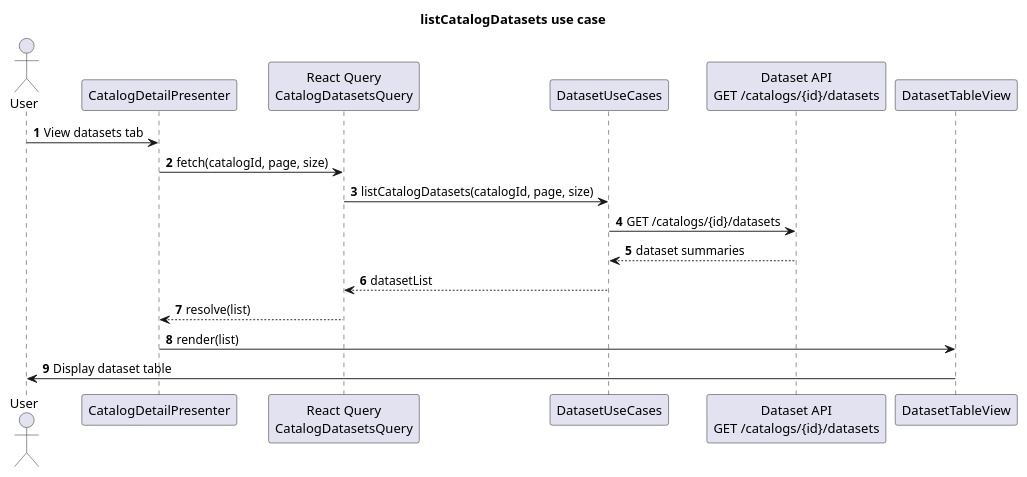
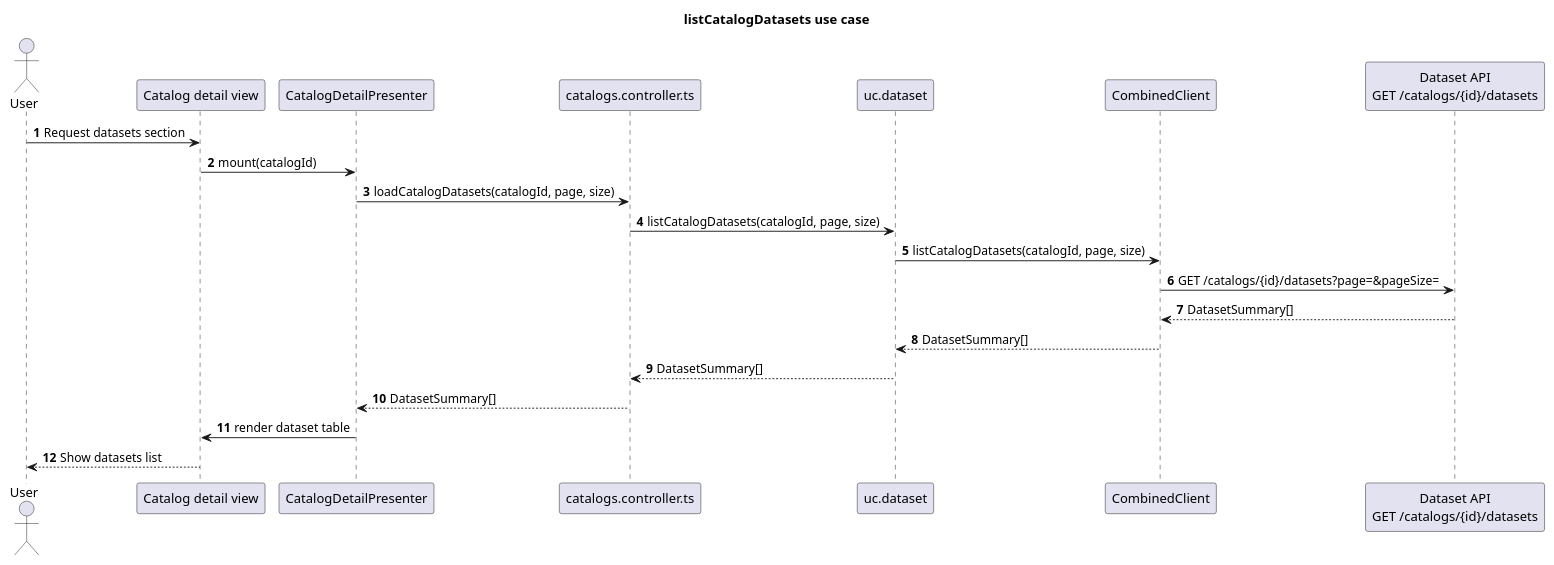
One commit to POP2025-EEPW/doorce-frontend changed the diagram in diagrams/sequence/listCatalogDatasets.puml. Above: the diagram before and after it, drawn with PlantUML. The commit also changed 7 other files, not shown here.

Commit message:
Fix on diagrams

```diff
--- a/diagrams/sequence/listCatalogDatasets.puml
+++ b/diagrams/sequence/listCatalogDatasets.puml
@@ -1,23 +1,27 @@
 @startuml
 title listCatalogDatasets use case
 autonumber
 
 actor User
 
-participant "CatalogDetailPresenter" as CatalogPresenter
-participant "React Query\nCatalogDatasetsQuery" as DatasetsQuery
-participant "DatasetUseCases" as DatasetUC
-participant "Dataset API\nGET /catalogs/{id}/datasets" as DatasetApi
-participant "DatasetTableView" as DatasetTableView
+participant "Catalog detail view" as View
+participant "CatalogDetailPresenter" as Presenter
+participant "catalogs.controller.ts" as Controller
+participant "uc.dataset" as UseCase
+participant "CombinedClient" as Client
+participant "Dataset API\nGET /catalogs/{id}/datasets" as Http
 
-User -> CatalogPresenter : View datasets tab
-CatalogPresenter -> DatasetsQuery : fetch(catalogId, page, size)
-DatasetsQuery -> DatasetUC : listCatalogDatasets(catalogId, page, size)
-DatasetUC -> DatasetApi : GET /catalogs/{id}/datasets
-DatasetApi --> DatasetUC : dataset summaries
-DatasetUC --> DatasetsQuery : datasetList
-DatasetsQuery --> CatalogPresenter : resolve(list)
-CatalogPresenter -> DatasetTableView : render(list)
-DatasetTableView -> User : Display dataset table
+User -> View : Request datasets section
+View -> Presenter : mount(catalogId)
+Presenter -> Controller : loadCatalogDatasets(catalogId, page, size)
+Controller -> UseCase : listCatalogDatasets(catalogId, page, size)
+UseCase -> Client : listCatalogDatasets(catalogId, page, size)
+Client -> Http : GET /catalogs/{id}/datasets?page=&pageSize=
+Http --> Client : DatasetSummary[]
+Client --> UseCase : DatasetSummary[]
+UseCase --> Controller : DatasetSummary[]
+Controller --> Presenter : DatasetSummary[]
+Presenter -> View : render dataset table
+View --> User : Show datasets list
 
 @enduml
```
